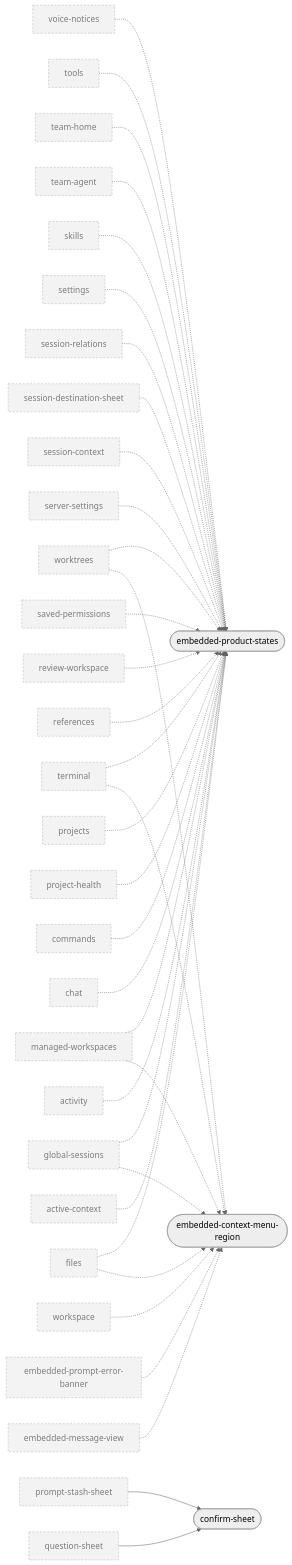
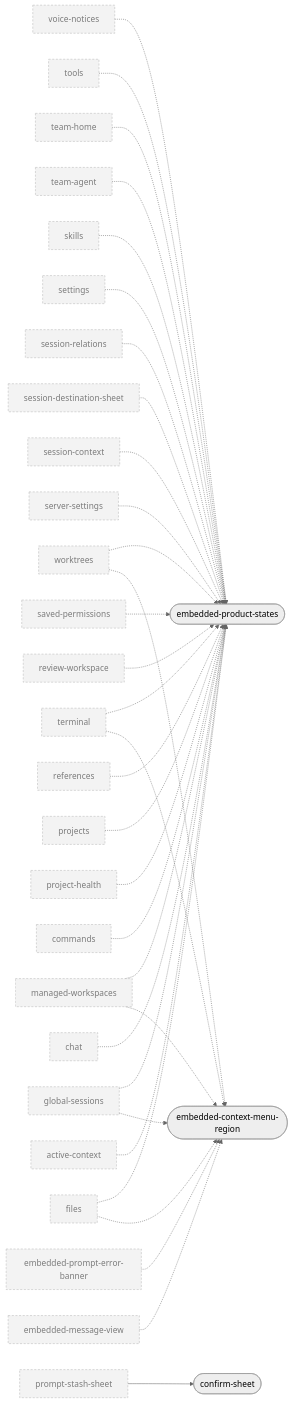
One commit to Eslamasabry/opencode-mobile-next changed the tenth of 10 diagrams in docs/design/ui-ledger/navigation.md. Above: the diagram before and after it, drawn with Mermaid (neutral theme). The commit also changed other lines of this file and 203 other files, not shown here.

````diff
--- a/docs/design/ui-ledger/navigation.md
+++ b/docs/design/ui-ledger/navigation.md
@@ -1343,70 +1234,64 @@
 ```mermaid
 graph LR
   active_context["active-context"]:::ext
-  activity["activity"]:::ext
   chat["chat"]:::ext
   commands["commands"]:::ext
   confirm_sheet(["confirm-sheet"])
   embedded_context_menu_region(["embedded-context-menu-region"])
   embedded_message_view["embedded-message-view"]:::ext
   embedded_product_states(["embedded-product-states"])
   embedded_prompt_error_banner["embedded-prompt-error-banner"]:::ext
   files["files"]:::ext
   global_sessions["global-sessions"]:::ext
   managed_workspaces["managed-workspaces"]:::ext
   project_health["project-health"]:::ext
   projects["projects"]:::ext
   prompt_stash_sheet["prompt-stash-sheet"]:::ext
-  question_sheet["question-sheet"]:::ext
   references["references"]:::ext
   review_workspace["review-workspace"]:::ext
   saved_permissions["saved-permissions"]:::ext
   server_settings["server-settings"]:::ext
   session_context["session-context"]:::ext
   session_destination_sheet["session-destination-sheet"]:::ext
   session_relations["session-relations"]:::ext
   settings["settings"]:::ext
   skills["skills"]:::ext
   team_agent["team-agent"]:::ext
   team_home["team-home"]:::ext
   terminal["terminal"]:::ext
   tools["tools"]:::ext
   voice_notices["voice-notices"]:::ext
-  workspace["workspace"]:::ext
   worktrees["worktrees"]:::ext
-  question_sheet --> confirm_sheet
   prompt_stash_sheet --> confirm_sheet
   embedded_message_view -.-> embedded_context_menu_region
   embedded_prompt_error_banner -.-> embedded_context_menu_region
   files -.-> embedded_context_menu_region
   global_sessions -.-> embedded_context_menu_region
   managed_workspaces -.-> embedded_context_menu_region
   terminal -.-> embedded_context_menu_region
-  workspace -.-> embedded_context_menu_region
   worktrees -.-> embedded_context_menu_region
   active_context -.-> embedded_product_states
-  activity -.-> embedded_product_states
   chat -.-> embedded_product_states
   commands -.-> embedded_product_states
   files -.-> embedded_product_states
   global_sessions -.-> embedded_product_states
   managed_workspaces -.-> embedded_product_states
   project_health -.-> embedded_product_states
   projects -.-> embedded_product_states
   references -.-> embedded_product_states
   review_workspace -.-> embedded_product_states
   saved_permissions -.-> embedded_product_states
   server_settings -.-> embedded_product_states
   session_context -.-> embedded_product_states
   session_destination_sheet -.-> embedded_product_states
   session_relations -.-> embedded_product_states
   settings -.-> embedded_product_states
   skills -.-> embedded_product_states
   team_agent -.-> embedded_product_states
   team_home -.-> embedded_product_states
   terminal -.-> embedded_product_states
   tools -.-> embedded_product_states
   voice_notices -.-> embedded_product_states
   worktrees -.-> embedded_product_states
   classDef ext stroke-dasharray: 4 3,opacity:0.7
 ```
````
